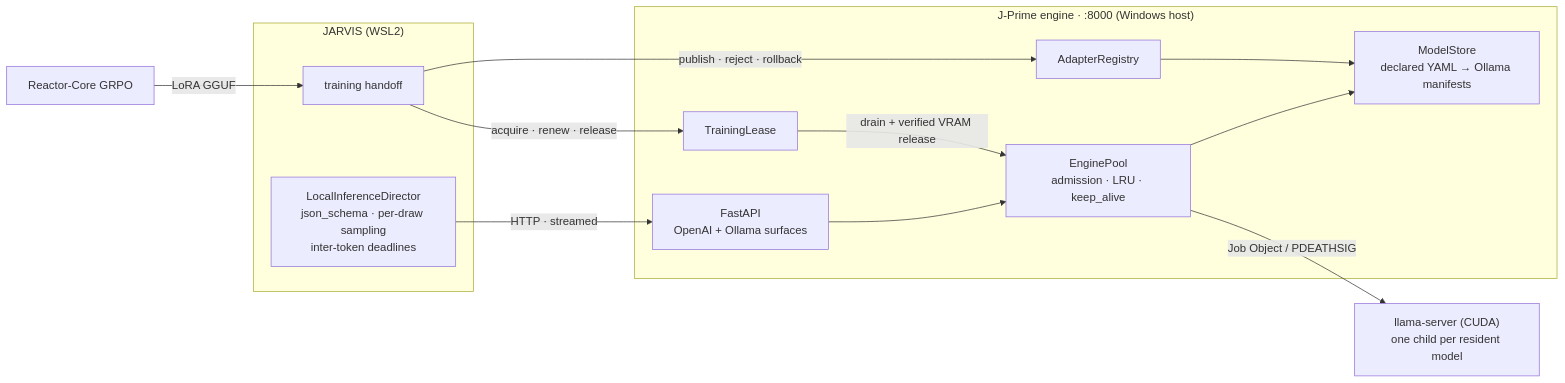
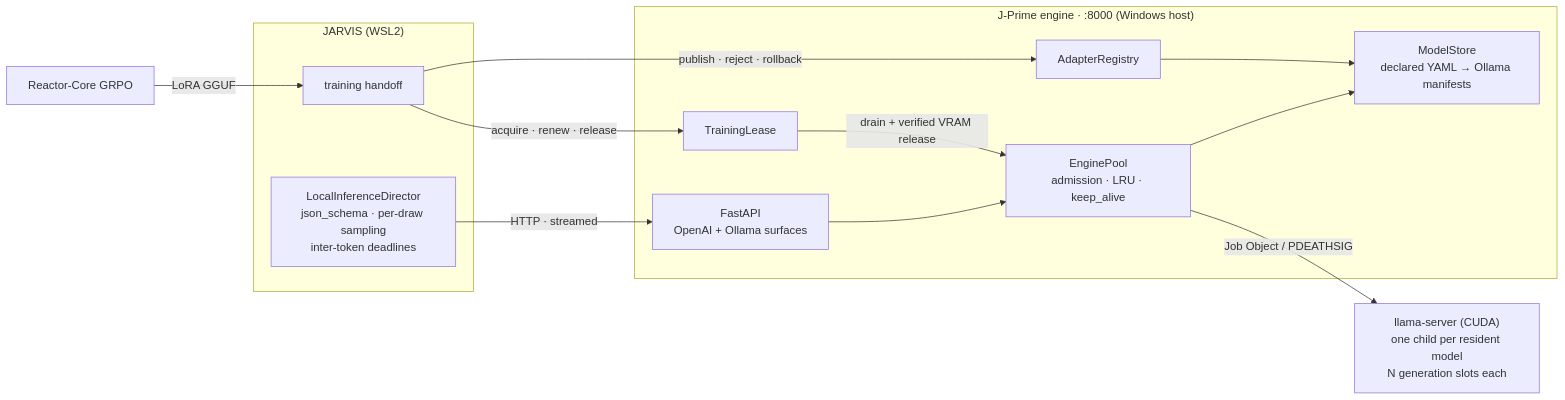
The diagram in README.md (drussell23/JARVIS-Prime), drawn with Mermaid before and after one commit. The commit also changed other lines of this file and 2 other files, not shown here.

````diff
--- a/README.md
+++ b/README.md
@@ -32,25 +32,25 @@
 ```mermaid
 flowchart LR
   subgraph JARVIS["JARVIS (WSL2)"]
     LID["LocalInferenceDirector<br/>json_schema · per-draw sampling<br/>inter-token deadlines"]
     HND["training handoff"]
   end
   subgraph JP["J-Prime engine · :8000 (Windows host)"]
     API["FastAPI<br/>OpenAI + Ollama surfaces"]
     POOL["EnginePool<br/>admission · LRU · keep_alive"]
     LEASE["TrainingLease"]
     REG["AdapterRegistry"]
     STORE["ModelStore<br/>declared YAML → Ollama manifests"]
     API --> POOL
     POOL --> STORE
     REG --> STORE
   end
-  LS["llama-server (CUDA)<br/>one child per resident model"]
+  LS["llama-server (CUDA)<br/>one child per resident model<br/>N generation slots each"]
   RC["Reactor-Core GRPO"]
   LID -- "HTTP · streamed" --> API
   POOL -- "Job Object / PDEATHSIG" --> LS
   HND -- "acquire · renew · release" --> LEASE
   LEASE -- "drain + verified VRAM release" --> POOL
   RC -- "LoRA GGUF" --> HND
   HND -- "publish · reject · rollback" --> REG
 ```
````
